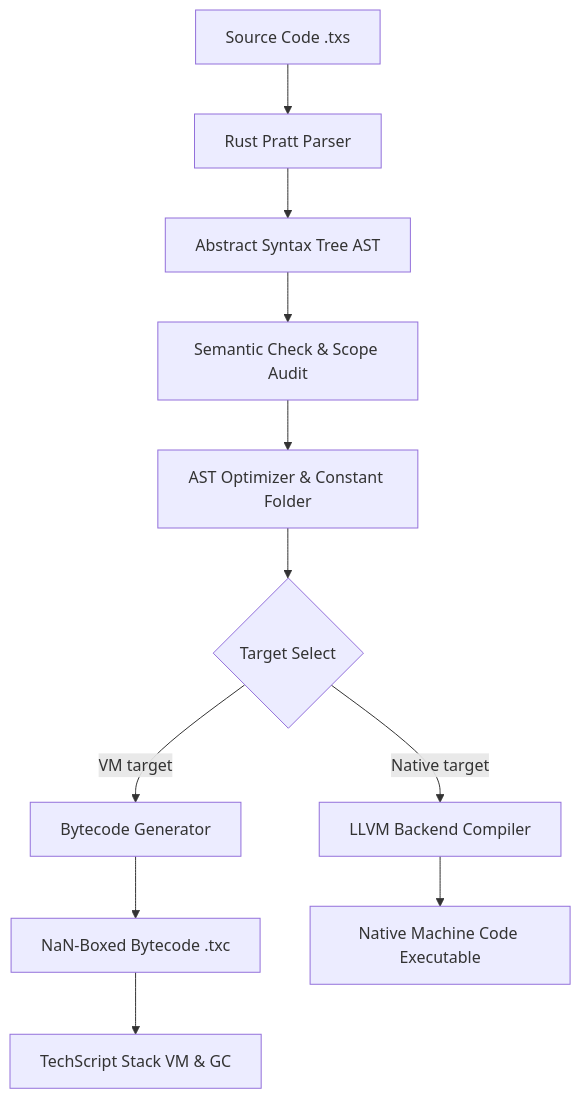
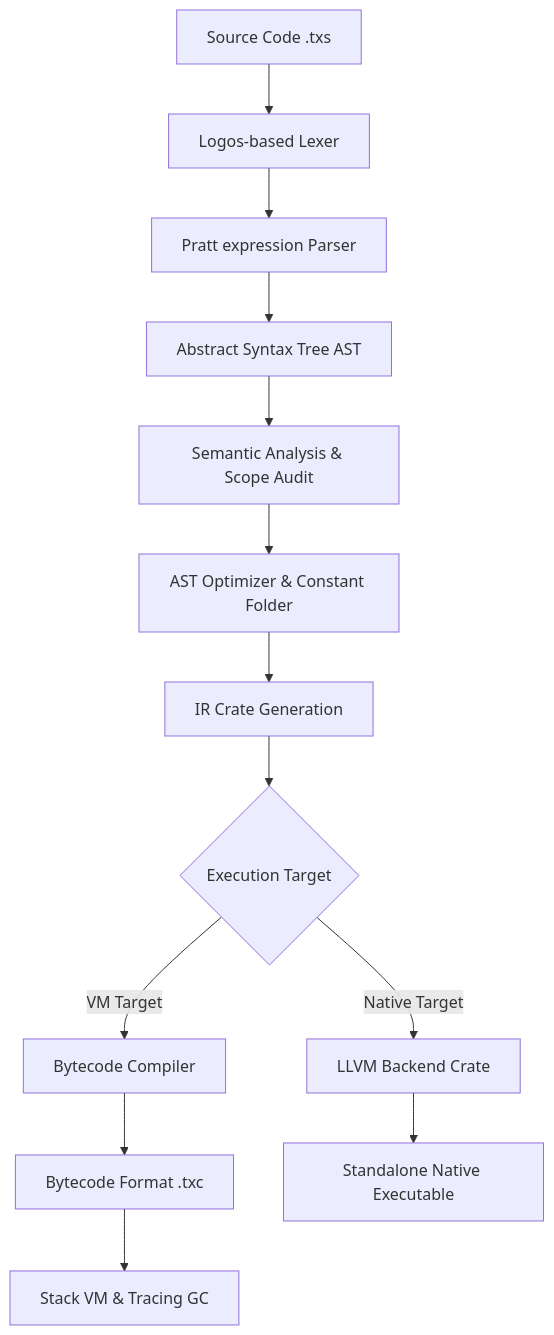
The diagram in README.md (Tcode-Motion/techscript), drawn with Mermaid before and after one commit. The commit also changed other lines of this file, not shown here.

````diff
--- a/README.md
+++ b/README.md
@@ -110,13 +96,15 @@
 ```mermaid
 graph TD
-    A[Source Code .txs] --> B[Rust Pratt Parser]
-    B --> C[Abstract Syntax Tree AST]
-    C --> D[Semantic Check & Scope Audit]
-    D --> E[AST Optimizer & Constant Folder]
-    E --> F{Target Select}
-    F -->|VM target| G[Bytecode Generator]
-    F -->|Native target| H[LLVM Backend Compiler]
-    G --> I[NaN-Boxed Bytecode .txc]
-    I --> J[TechScript Stack VM & GC]
-    H --> K[Native Machine Code Executable]
+    A[Source Code .txs] --> B[Logos-based Lexer]
+    B --> C[Pratt expression Parser]
+    C --> D[Abstract Syntax Tree AST]
+    D --> E[Semantic Analysis & Scope Audit]
+    E --> F[AST Optimizer & Constant Folder]
+    F --> G[IR Crate Generation]
+    G --> H{Execution Target}
+    H -->|VM Target| I[Bytecode Compiler]
+    H -->|Native Target| J[LLVM Backend Crate]
+    I --> K[Bytecode Format .txc]
+    K --> L[Stack VM & Tracing GC]
+    J --> M[Standalone Native Executable]
 ```
````
